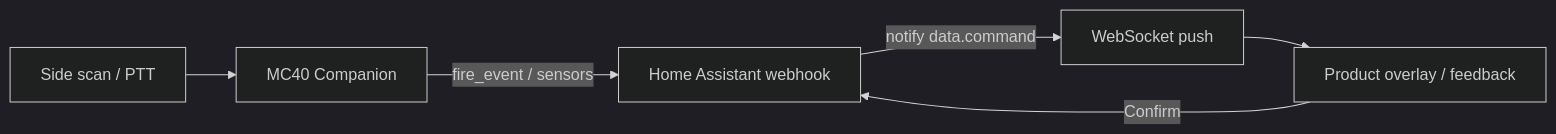
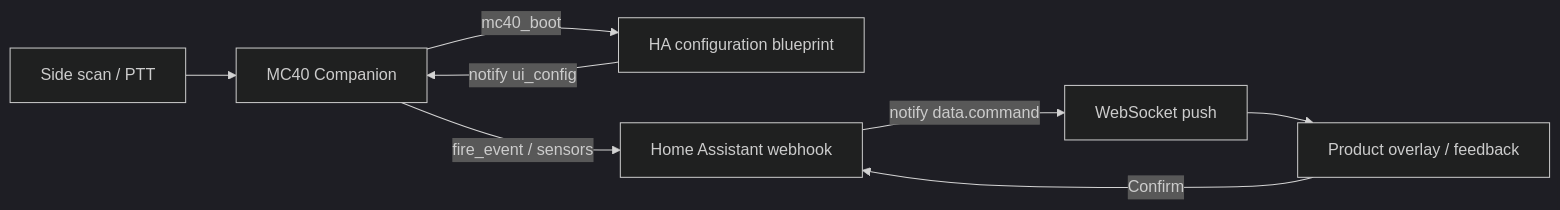
The diagram in docs/architecture.md (pantherale0/motorola-mc40), drawn with Mermaid (dark theme) before and after one commit. The commit also changed other lines of this file and 16 other files, not shown here.

First line of the commit message:
Add HA blueprint-driven home-screen config via mc40_boot handshake.

````diff
--- a/docs/architecture.md
+++ b/docs/architecture.md
@@ -5,8 +5,10 @@
 ```mermaid
 flowchart LR
+  app -->|mc40_boot| config[HA configuration blueprint]
+  config -->|notify ui_config| app
   trigger[Side scan / PTT] --> app[MC40 Companion]
   app -->|fire_event / sensors| ha[Home Assistant webhook]
   ha -->|notify data.command| ws[WebSocket push]
   ws --> overlay[Product overlay / feedback]
   overlay -->|Confirm| ha
 ```
````
